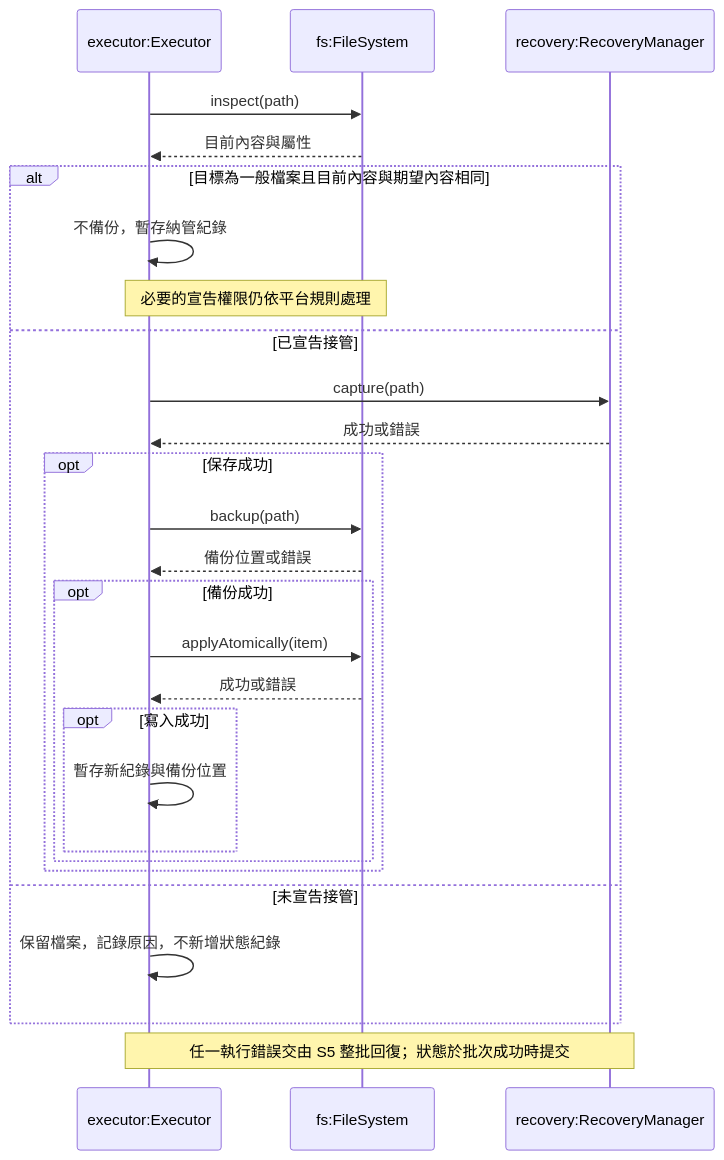
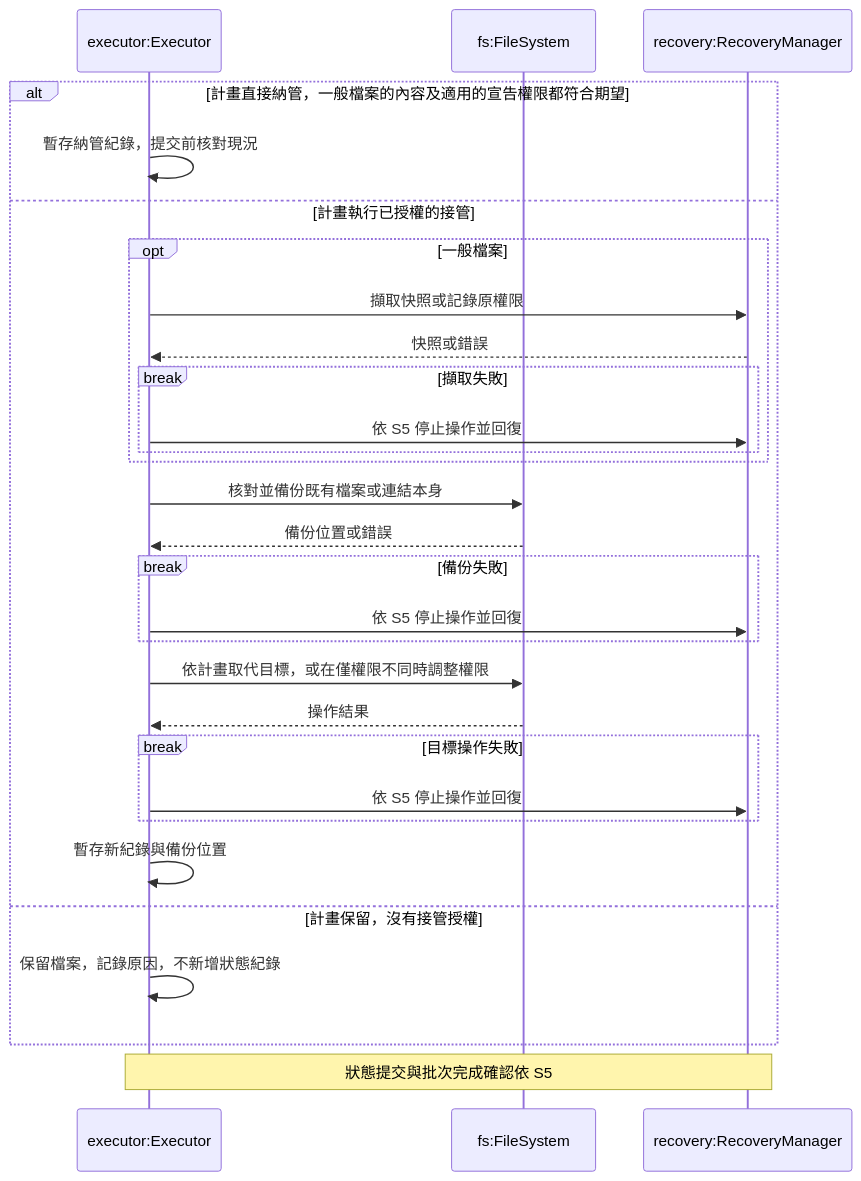
The sixth of 10 diagrams in docs/03-preliminary-design/uml.md (accidental-two-timer-sam-woof/rosamta-waterfall), drawn with Mermaid before and after one commit. The commit also changed other lines of this file, not shown here.

Commit message:
docs(uml): align preliminary design flows

````diff
--- a/docs/03-preliminary-design/uml.md
+++ b/docs/03-preliminary-design/uml.md
@@ -478,29 +509,31 @@
 ```mermaid
 sequenceDiagram
     participant E as executor:Executor
     participant F as fs:FileSystem
     participant R as recovery:RecoveryManager
-    E->>F: inspect(path)
-    F-->>E: 目前內容與屬性
-    alt 目標為一般檔案且目前內容與期望內容相同
-        E->>E: 不備份，暫存納管紀錄
-        Note over E,F: 必要的宣告權限仍依平台規則處理
-    else 已宣告接管
-        E->>R: capture(path)
-        R-->>E: 成功或錯誤
-        opt 保存成功
-            E->>F: backup(path)
-            F-->>E: 備份位置或錯誤
-            opt 備份成功
-                E->>F: applyAtomically(item)
-                F-->>E: 成功或錯誤
-                opt 寫入成功
-                    E->>E: 暫存新紀錄與備份位置
-                end
+    alt 計畫直接納管，一般檔案的內容及適用的宣告權限都符合期望
+        E->>E: 暫存納管紀錄，提交前核對現況
+    else 計畫執行已授權的接管
+        opt 一般檔案
+            E->>R: 擷取快照或記錄原權限
+            R-->>E: 快照或錯誤
+            break 擷取失敗
+                E->>R: 依 S5 停止操作並回復
             end
         end
-    else 未宣告接管
+        E->>F: 核對並備份既有檔案或連結本身
+        F-->>E: 備份位置或錯誤
+        break 備份失敗
+            E->>R: 依 S5 停止操作並回復
+        end
+        E->>F: 依計畫取代目標，或在僅權限不同時調整權限
+        F-->>E: 操作結果
+        break 目標操作失敗
+            E->>R: 依 S5 停止操作並回復
+        end
+        E->>E: 暫存新紀錄與備份位置
+    else 計畫保留，沒有接管授權
         E->>E: 保留檔案，記錄原因，不新增狀態紀錄
     end
-    Note over E,R: 任一執行錯誤交由 S5 整批回復；狀態於批次成功時提交
+    Note over E,R: 狀態提交與批次完成確認依 S5
 ```
````
